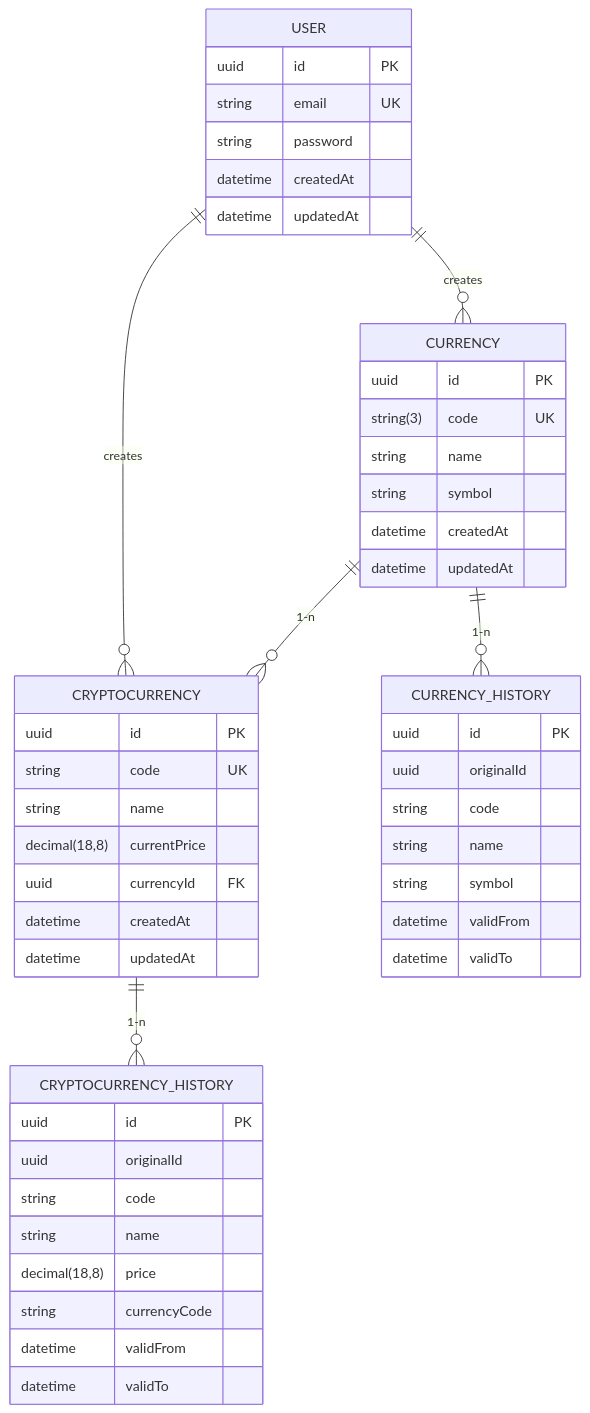
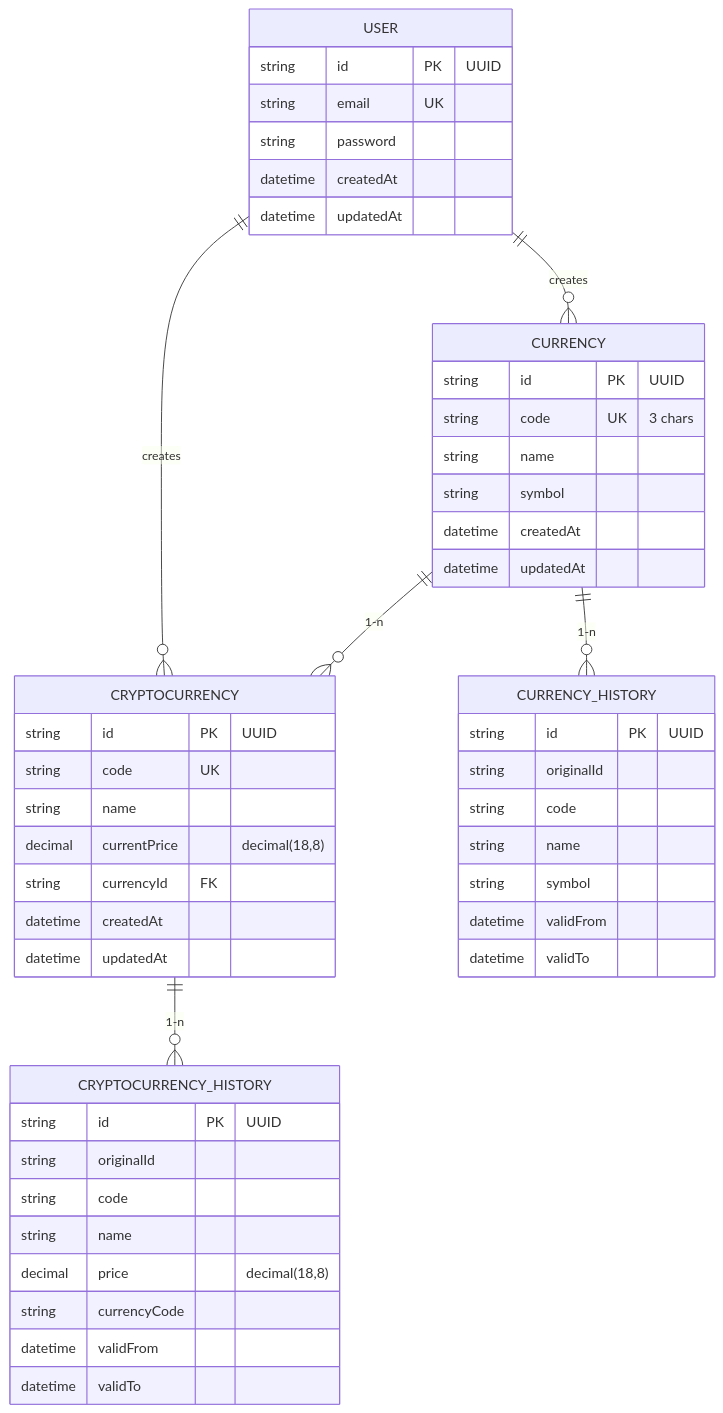
Before and after one commit to correakarl/cryptoexchange-api: the diagram in Database.md, drawn with Mermaid. The commit also changed other lines of this file, not shown here.

````diff
--- a/Database.md
+++ b/Database.md
@@ -5,57 +5,57 @@
 ```mermaid
 erDiagram
     USER ||--o{ CURRENCY : creates
     USER ||--o{ CRYPTOCURRENCY : creates
     CURRENCY ||--o{ CRYPTOCURRENCY : "1-n"
     CURRENCY ||--o{ CURRENCY_HISTORY : "1-n"
     CRYPTOCURRENCY ||--o{ CRYPTOCURRENCY_HISTORY : "1-n"
 
-    USER {
-        uuid id PK
+USER {
+        string id PK "UUID"
         string email UK
         string password
         datetime createdAt
         datetime updatedAt
     }
 
     CURRENCY {
-        uuid id PK
-        string(3) code UK
+        string id PK "UUID"
+        string code UK "3 chars"
         string name
         string symbol
         datetime createdAt
         datetime updatedAt
     }
 
     CRYPTOCURRENCY {
-        uuid id PK
+        string id PK "UUID"
         string code UK
         string name
-        decimal(18,8) currentPrice
-        uuid currencyId FK
+        decimal currentPrice "decimal(18,8)"
+        string currencyId FK
         datetime createdAt
         datetime updatedAt
     }
 
     CURRENCY_HISTORY {
-        uuid id PK
-        uuid originalId
+        string id PK "UUID"
+        string originalId
         string code
         string name
         string symbol
         datetime validFrom
         datetime validTo
     }
 
     CRYPTOCURRENCY_HISTORY {
-        uuid id PK
-        uuid originalId
+        string id PK "UUID"
+        string originalId
         string code
         string name
-        decimal(18,8) price
+        decimal price "decimal(18,8)"
         string currencyCode
         datetime validFrom
         datetime validTo
     }
     
 ```
````
